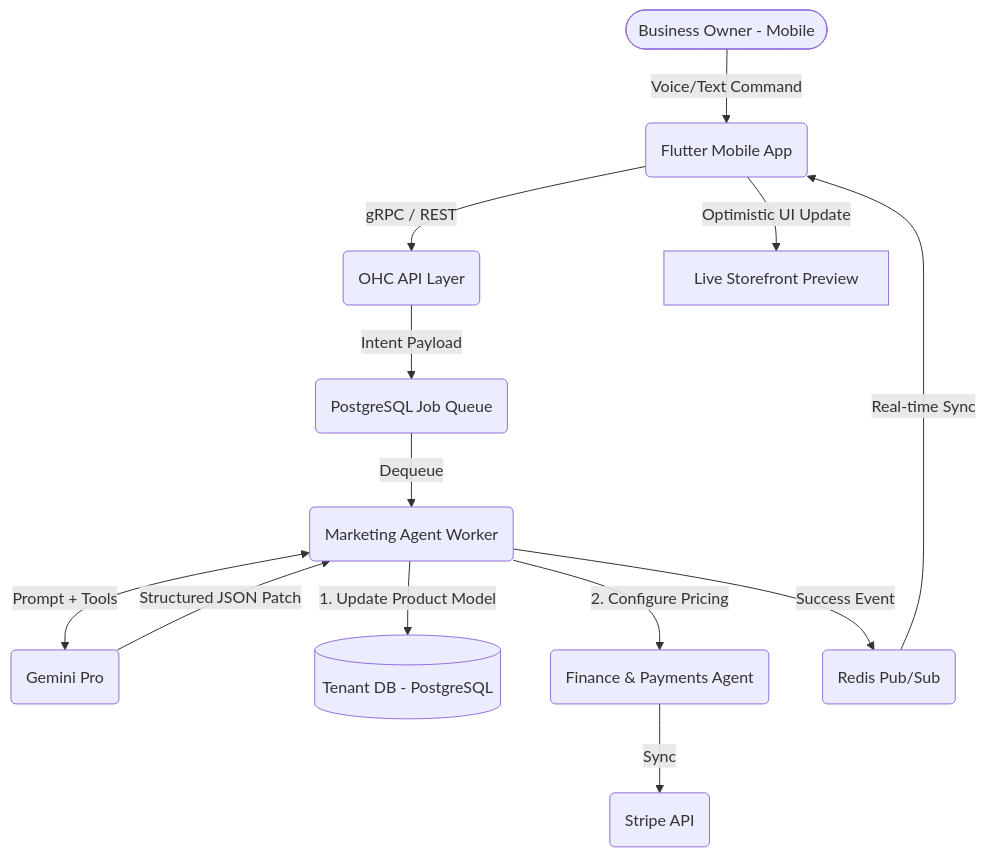
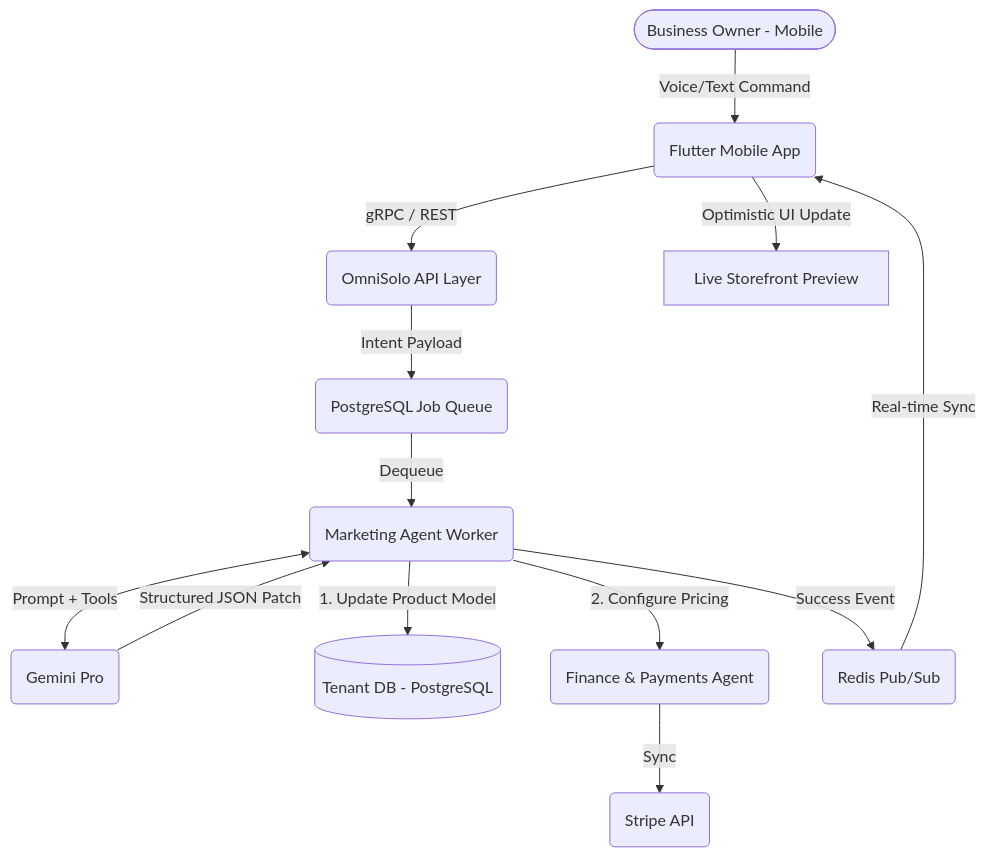
The diagram in docs/research/[architecture]_autonomous_mobile_first_storefront_builder.md (omnisolo-llc/onehumancorp), drawn with Mermaid before and after one commit. The commit also changed other lines of this file and 2191 other files, not shown here.

Commit message:
feat: complete OmniSolo rename and browser audit

````diff
--- a/docs/research/[architecture]_autonomous_mobile_first_storefront_builder.md
+++ b/docs/research/[architecture]_autonomous_mobile_first_storefront_builder.md
@@ -32,21 +32,21 @@
 ```mermaid
 graph TD
     User([Business Owner - Mobile]) --> |Voice/Text Command| Frontend(Flutter Mobile App)
-    Frontend --> |gRPC / REST| API_Gateway(OHC API Layer)
+    Frontend --> |gRPC / REST| API_Gateway(OmniSolo API Layer)
 
     API_Gateway --> |Intent Payload| JobQueue(PostgreSQL Job Queue)
 
     JobQueue --> |Dequeue| AI_Worker(Marketing Agent Worker)
     AI_Worker <--> |Prompt + Tools| LLM(Gemini Pro)
 
     LLM --> |Structured JSON Patch| AI_Worker
 
     AI_Worker --> |1. Update Product Model| DB[(Tenant DB - PostgreSQL)]
     AI_Worker --> |2. Configure Pricing| FinanceAgent(Finance & Payments Agent)
 
     FinanceAgent --> |Sync| Stripe(Stripe API)
 
     AI_Worker --> |Success Event| PubSub(Redis Pub/Sub)
     PubSub --> |Real-time Sync| Frontend
     Frontend --> |Optimistic UI Update| LivePreview[Live Storefront Preview]
 ```
````
